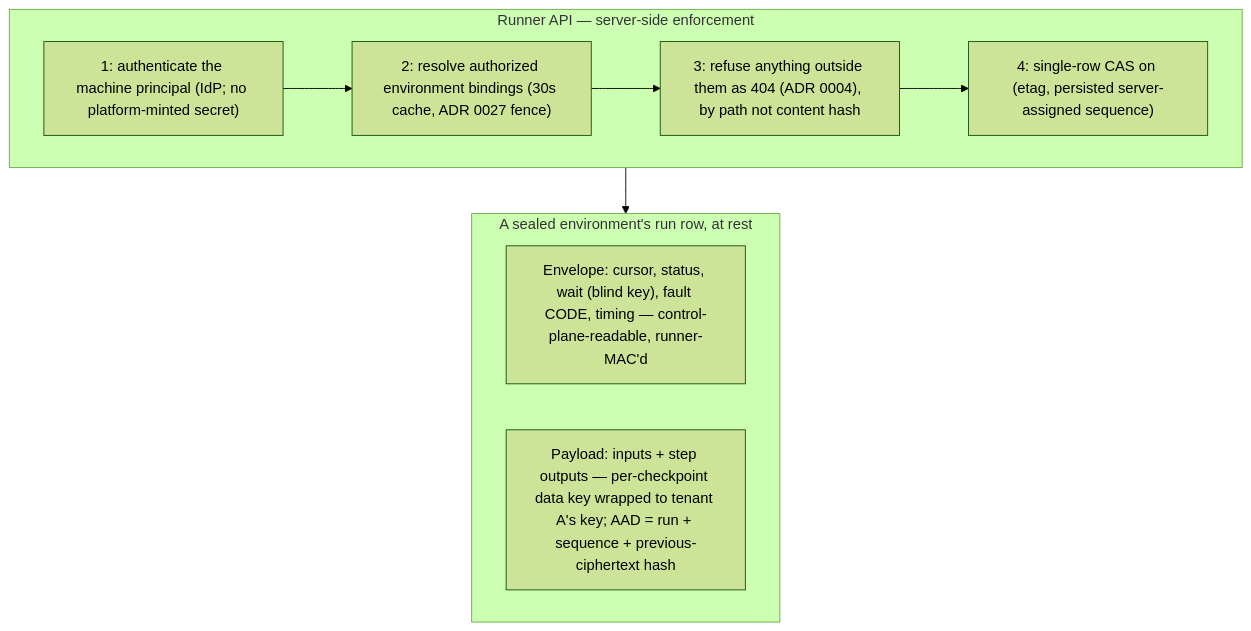
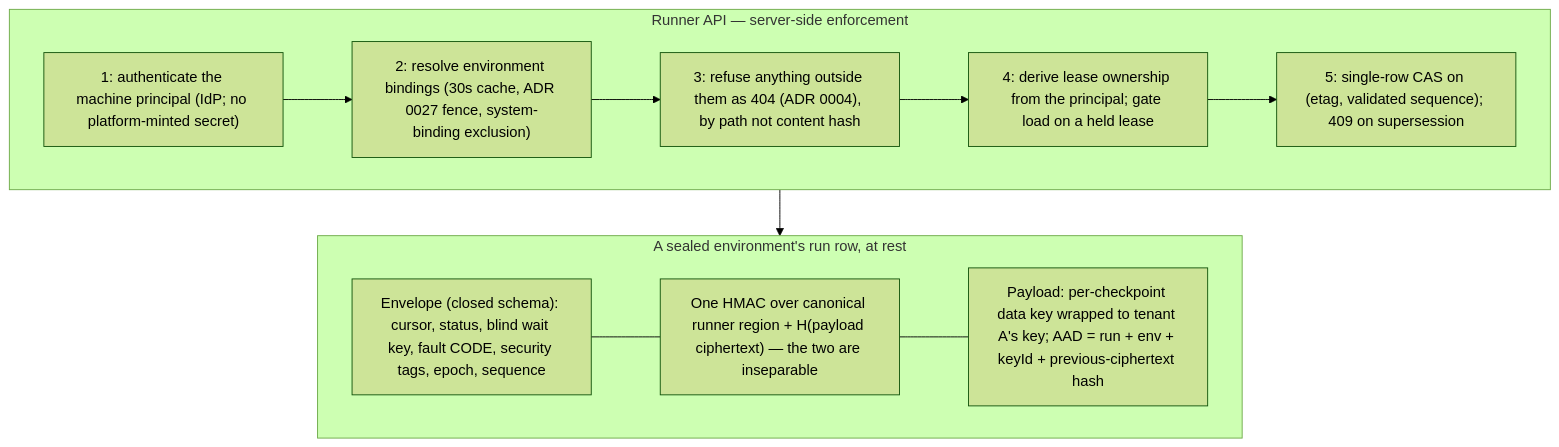
The second of 3 diagrams in docs/arazzo/adr/0065-control-plane-owns-store-runners-encrypt-payload.md (corvus-dotnet/Corvus.JsonSchema), drawn with Mermaid (forest theme) before and after one commit. The commit also changed other lines of this file, not shown here.

First line of the commit message:
ADR 0065: fold in the second adversarial review — freshness, inseparability, and what the phases do not deliver (#876)

````diff
--- a/docs/arazzo/adr/0065-control-plane-owns-store-runners-encrypt-payload.md
+++ b/docs/arazzo/adr/0065-control-plane-owns-store-runners-encrypt-payload.md
@@ -85,15 +106,18 @@
 ```mermaid
 flowchart TB
   subgraph RAPI["Runner API — server-side enforcement"]
     AUTH["1: authenticate the machine principal (IdP; no platform-minted secret)"]
-    BIND["2: resolve authorized environment bindings (30s cache, ADR 0027 fence)"]
+    BIND["2: resolve environment bindings (30s cache, ADR 0027 fence, system-binding exclusion)"]
     SCOPE["3: refuse anything outside them as 404 (ADR 0004), by path not content hash"]
-    CAS["4: single-row CAS on (etag, persisted server-assigned sequence)"]
-    AUTH --> BIND --> SCOPE --> CAS
+    LEASE["4: derive lease ownership from the principal; gate load on a held lease"]
+    CAS["5: single-row CAS on (etag, validated sequence); 409 on supersession"]
+    AUTH --> BIND --> SCOPE --> LEASE --> CAS
   end
   subgraph ROW["A sealed environment's run row, at rest"]
-    ENV["Envelope: cursor, status, wait (blind key), fault CODE, timing — control-plane-readable, runner-MAC'd"]
-    PAY["Payload: inputs + step outputs — per-checkpoint data key wrapped to tenant A's key; AAD = run + sequence + previous-ciphertext hash"]
+    ENV["Envelope (closed schema): cursor, status, blind wait key, fault CODE, security tags, epoch, sequence"]
+    MAC["One HMAC over canonical runner region + H(payload ciphertext) — the two are inseparable"]
+    PAY["Payload: per-checkpoint data key wrapped to tenant A's key; AAD = run + env + keyId + previous-ciphertext hash"]
+    ENV --- MAC --- PAY
   end
   RAPI --> ROW
 ```
````
